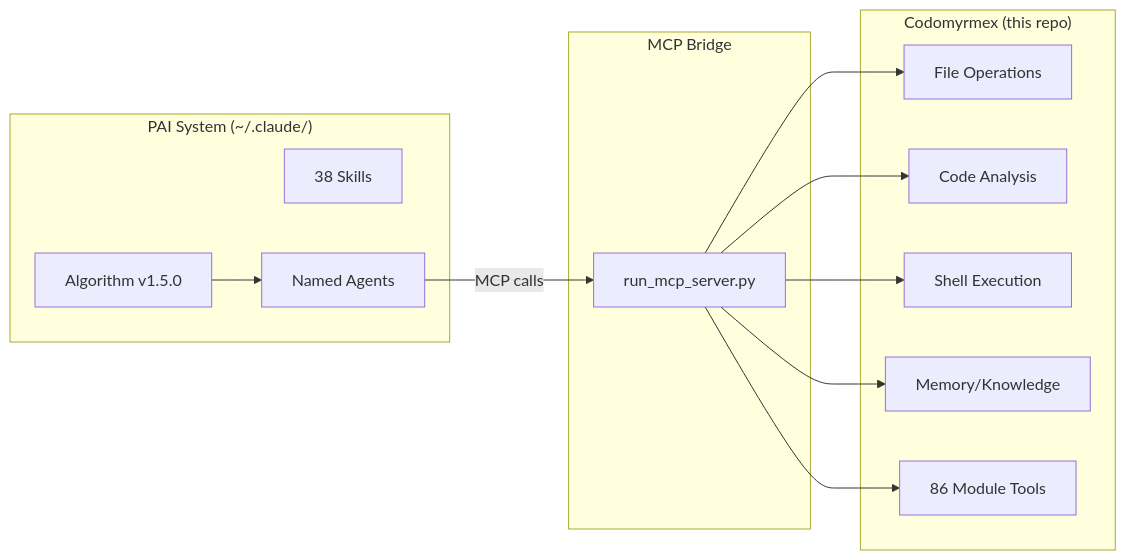
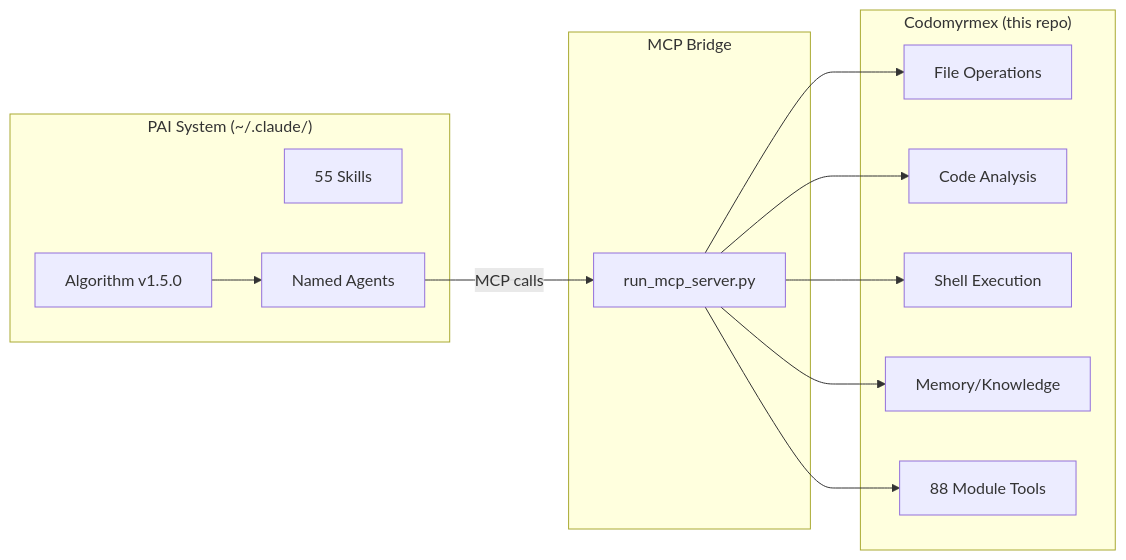
The diagram in PAI.md (docxology/codomyrmex), drawn with Mermaid before and after one commit. The commit also changed other lines of this file and 599 other files, not shown here.

````diff
--- a/PAI.md
+++ b/PAI.md
@@ -35,28 +35,28 @@
 ```mermaid
 graph LR
     subgraph PAI ["PAI System (~/.claude/)"]
         Algo["Algorithm v1.5.0"]
-        Skills["38 Skills"]
+        Skills["55 Skills"]
         Agents["Named Agents"]
     end
 
     subgraph Bridge ["MCP Bridge"]
         Server["run_mcp_server.py"]
     end
 
     subgraph Codomyrmex ["Codomyrmex (this repo)"]
         FileOps["File Operations"]
         CodeAnalysis["Code Analysis"]
         Shell["Shell Execution"]
         Memory["Memory/Knowledge"]
-        Modules["86 Module Tools"]
+        Modules["88 Module Tools"]
     end
 
     Algo --> Agents
     Agents -->|"MCP calls"| Server
     Server --> FileOps
     Server --> CodeAnalysis
     Server --> Shell
     Server --> Memory
     Server --> Modules
 ```
````
